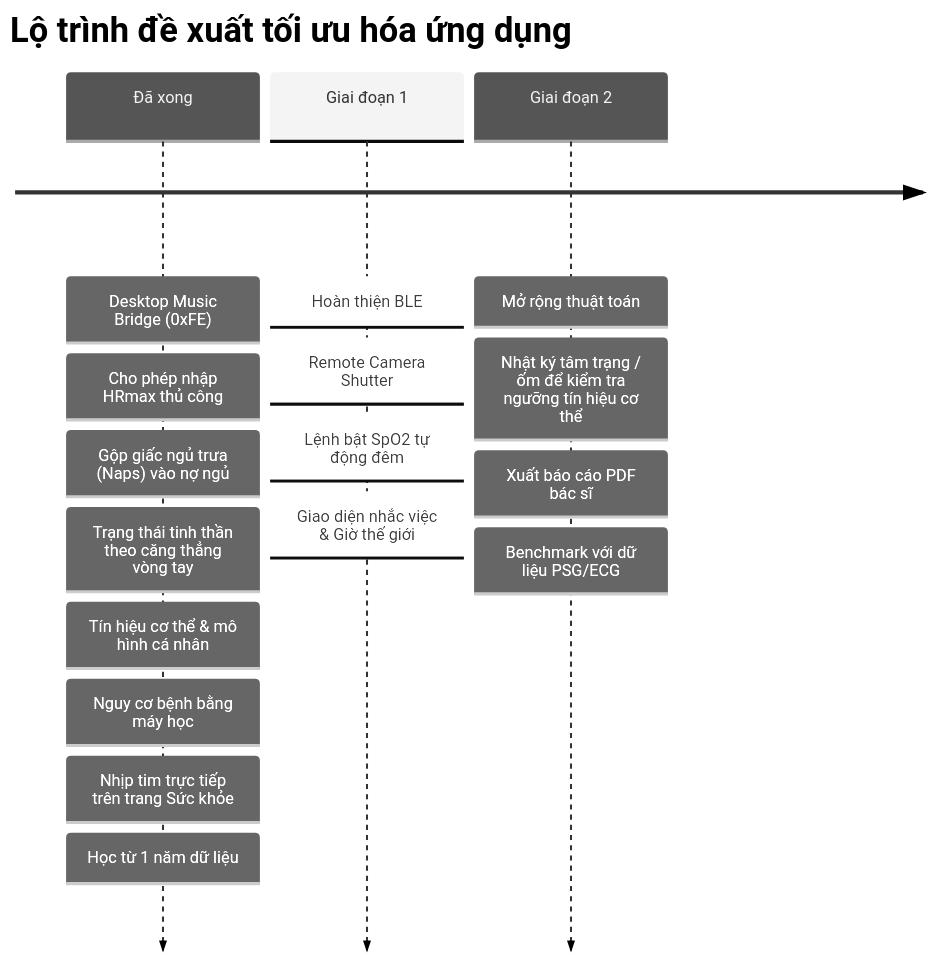
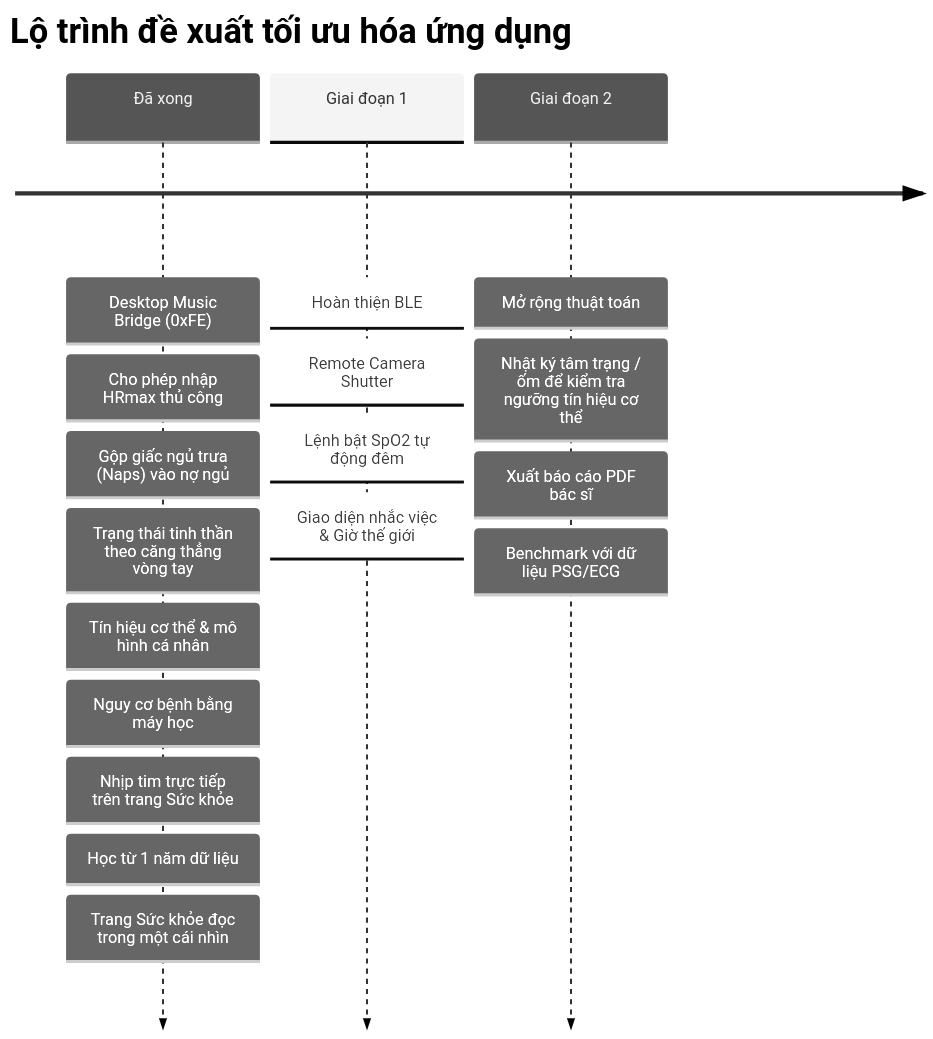
The fourth of 4 diagrams in DANH_GIA.md (nhatanhpico/MiBand6), drawn with Mermaid (neutral theme) before and after one commit. The commit also changed other lines of this file and 9 other files, not shown here.

````diff
--- a/DANH_GIA.md
+++ b/DANH_GIA.md
@@ -254,7 +254,7 @@
 ```mermaid
 timeline
     title Lộ trình đề xuất tối ưu hóa ứng dụng
-    Đã xong : Desktop Music Bridge (0xFE) : Cho phép nhập HRmax thủ công : Gộp giấc ngủ trưa (Naps) vào nợ ngủ : Trạng thái tinh thần theo căng thẳng vòng tay : Tín hiệu cơ thể & mô hình cá nhân : Nguy cơ bệnh bằng máy học : Nhịp tim trực tiếp trên trang Sức khỏe : Học từ 1 năm dữ liệu
+    Đã xong : Desktop Music Bridge (0xFE) : Cho phép nhập HRmax thủ công : Gộp giấc ngủ trưa (Naps) vào nợ ngủ : Trạng thái tinh thần theo căng thẳng vòng tay : Tín hiệu cơ thể & mô hình cá nhân : Nguy cơ bệnh bằng máy học : Nhịp tim trực tiếp trên trang Sức khỏe : Học từ 1 năm dữ liệu : Trang Sức khỏe đọc trong một cái nhìn
     Giai đoạn 1 : Hoàn thiện BLE : Remote Camera Shutter : Lệnh bật SpO2 tự động đêm : Giao diện nhắc việc & Giờ thế giới
     Giai đoạn 2 : Mở rộng thuật toán : Nhật ký tâm trạng / ốm để kiểm tra ngưỡng tín hiệu cơ thể : Xuất báo cáo PDF bác sĩ : Benchmark với dữ liệu PSG/ECG
 ```
````
